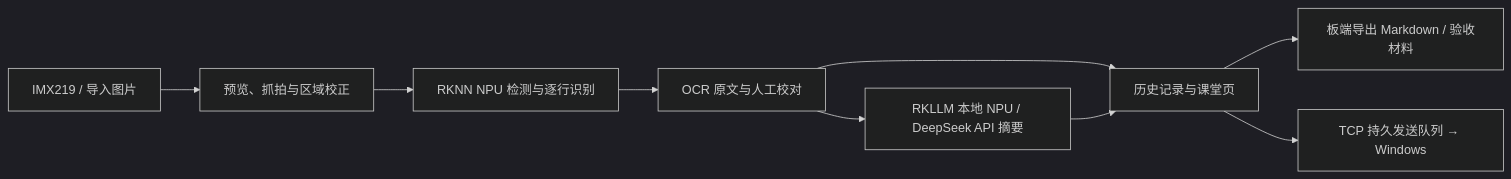
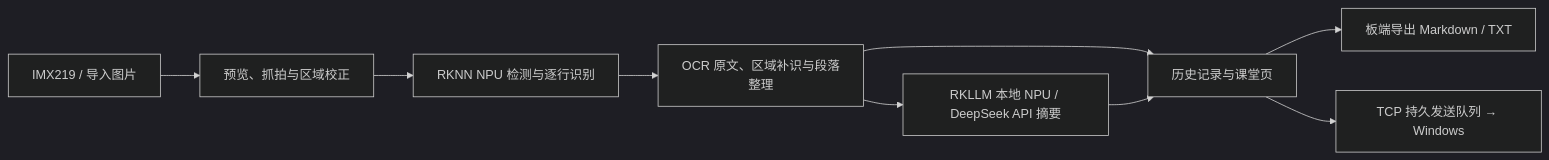
One commit to water-freemind/rock5c-ppt-reader changed the diagram in docs/implementation.md. Above: the diagram before and after it, drawn with Mermaid (dark theme). The commit also changed other lines of this file and 17 other files, not shown here.

````diff
--- a/docs/implementation.md
+++ b/docs/implementation.md
@@ -5,11 +5,11 @@
 ```mermaid
 flowchart LR
     A["IMX219 / 导入图片"] --> B["预览、抓拍与区域校正"]
     B --> C["RKNN NPU 检测与逐行识别"]
-    C --> D["OCR 原文与人工校对"]
+    C --> D["OCR 原文、区域补识与段落整理"]
     D --> E["RKLLM 本地 NPU / DeepSeek API 摘要"]
     D --> F["历史记录与课堂页"]
     E --> F
-    F --> G["板端导出 Markdown / 验收材料"]
+    F --> G["板端导出 Markdown / TXT"]
     F --> H["TCP 持久发送队列 → Windows"]
 ```
````
